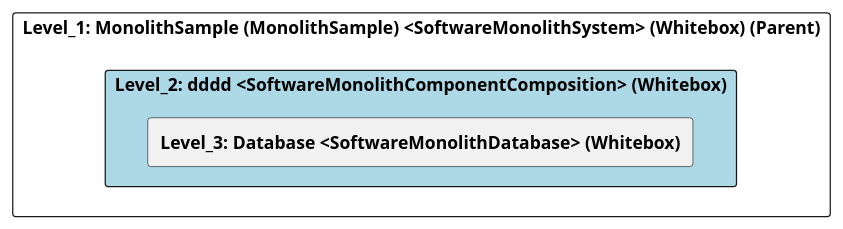
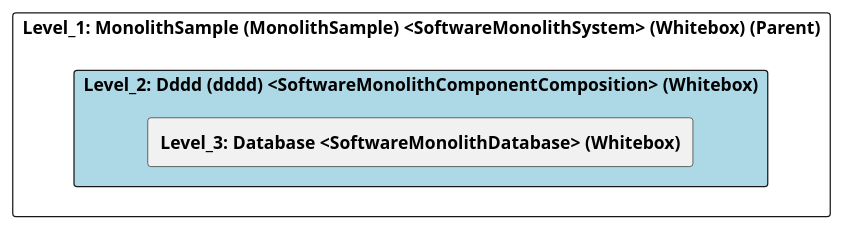
Before and after one commit to marcozwyssig/cleon: the diagram in src/cleon.architecturemethods.arc42.sample/doc/cleon_architecturemethods_arc42_sample_software_monolith/adoc/en/05_building_block_view/monolithsample/dddd/level_2_dddd.adoc, drawn with PlantUML. The commit also changed other lines of this file and 166 other files, not shown here.

```diff
--- a/src/cleon.architecturemethods.arc42.sample/doc/cleon_architecturemethods_arc42_sample_software_monolith/adoc/en/05_building_block_view/monolithsample/dddd/level_2_dddd.adoc
+++ b/src/cleon.architecturemethods.arc42.sample/doc/cleon_architecturemethods_arc42_sample_software_monolith/adoc/en/05_building_block_view/monolithsample/dddd/level_2_dddd.adoc
@@ -20,26 +20,26 @@
-[plantuml, Level_2: dddd <SoftwareMonolithComponentComposition> (Whitebox)BlockOverview, format="svg"]
+[plantuml, Level_2: Dddd (dddd) <SoftwareMonolithComponentComposition> (Whitebox)BlockOverview, format="svg"]
 ----
-@startuml Level_2: dddd <SoftwareMonolithComponentComposition> (Whitebox)BuildingBlockOverview
+@startuml Level_2: Dddd (dddd) <SoftwareMonolithComponentComposition> (Whitebox)BuildingBlockOverview
 
 skinparam ranksep 10
 skinparam componentStyle rectangle
 skinparam shadowing false
 skinparam arrowColor lightblue
 skinparam arrowThickness 1.2
 skinparam rectangle {
   BackgroundColor White
   BorderColor #333
   RoundCorner 10
 }
 top to bottom direction
 
 component "Level_1: MonolithSample (MonolithSample) <SoftwareMonolithSystem> (Whitebox) (Parent)" {
-    component "Level_2: dddd <SoftwareMonolithComponentComposition> (Whitebox)" #lightblue {
+    component "Level_2: Dddd (dddd) <SoftwareMonolithComponentComposition> (Whitebox)" #lightblue {
         [**Level_3: Database <SoftwareMonolithDatabase> (Whitebox)**] as 958E2EF1_CB0A_11F0_AD08_33C52ACB975F
     }
 
     
 }
 
 @enduml
 ----
```
